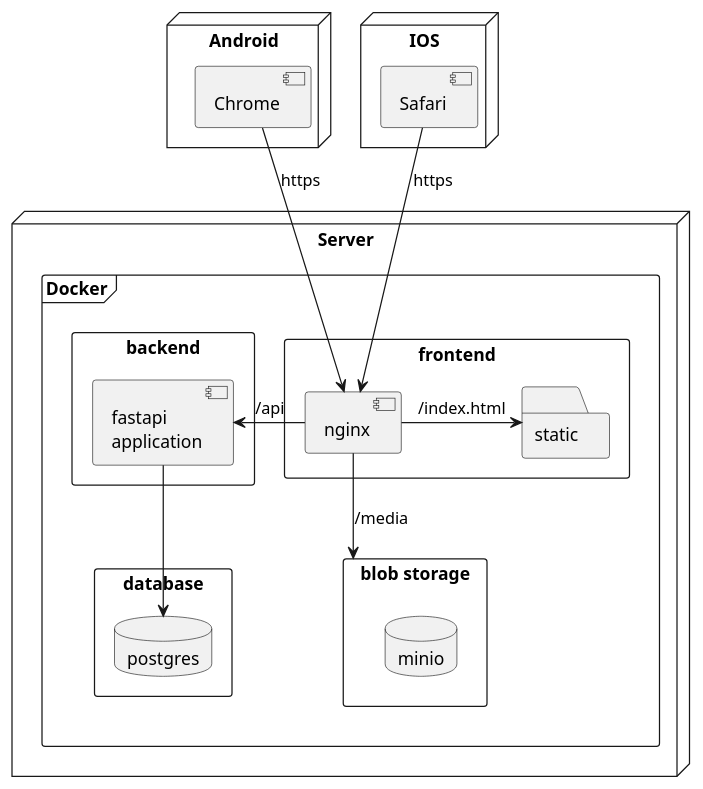
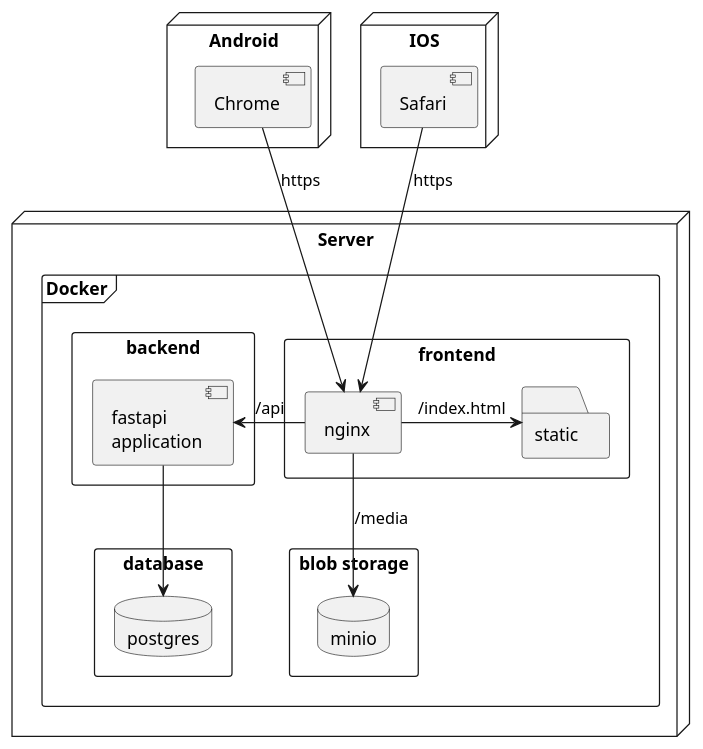
One commit to kluchi/diagrams changed the diagram in deployment.puml. Above: the diagram before and after it, drawn with PlantUML.

Commit message:
update arrow to blob storage

```diff
--- a/deployment.puml
+++ b/deployment.puml
@@ -1,67 +1,67 @@
 @startuml deployment
 
 'left to right direction
 
 'skinparam linetype ortho
 skinparam linetype polyline
 
 skinparam nodesep 25
 skinparam ranksep 20
 
 
 node Server {
     frame Docker {
         rectangle frontend {
             component nginx {
 
             }
             folder static {
 
             }
         }
 
         rectangle backend {
             component api_server [fastapi 
             application]
         }
 
         rectangle database {
             database postgres
         }
 
         rectangle "blob storage" as blob {
             database minio
         }
     }
 }
 
 
 
     node Android as andoid {
     component Chrome {
 
     }
 }
 
 node IOS as ios {
     component Safari {
 
     }
 }
 
 
 
 
 nginx -l-> api_server : /api
 nginx -r-> static : /index.html
 
-nginx -d-> blob : /media
+nginx -d-> minio : /media
 
 
 api_server --> postgres
 
 Safari --> nginx : https
 
 Chrome --> nginx : https
 
 @enduml
```
